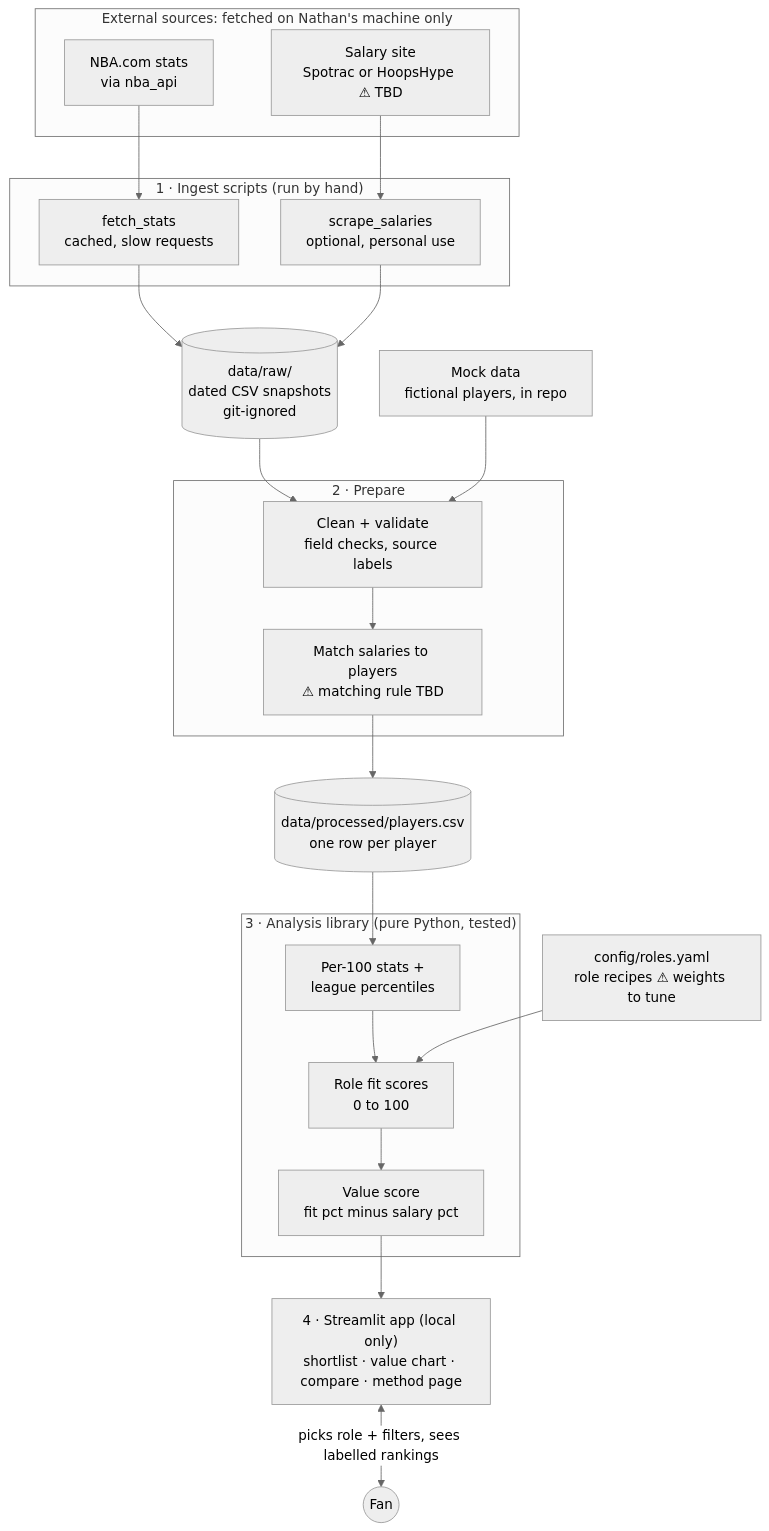
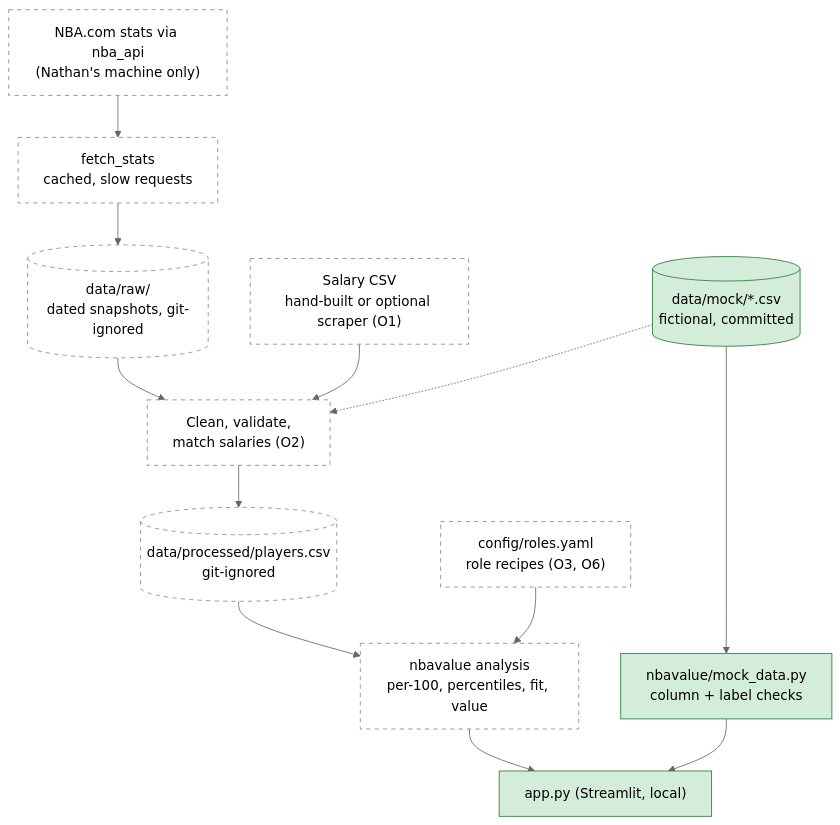
The diagram in docs/architecture.md (nathanZKL/EPL-Transfer-Analyzer), drawn with Mermaid (neutral theme) before and after one commit. The commit also changed other lines of this file and 4 other files, not shown here.

````diff
--- a/docs/architecture.md
+++ b/docs/architecture.md
@@ -5,41 +41,26 @@
 ```mermaid
 flowchart TD
-  subgraph EXT["External sources: fetched on Nathan's machine only"]
-    NBA["NBA.com stats<br/>via nba_api"]
-    SAL["Salary site<br/>Spotrac or HoopsHype ⚠ TBD"]
-  end
+  NBA["NBA.com stats via nba_api<br/>(Nathan's machine only)"]
+  SAL["Salary CSV<br/>hand-built or optional scraper (O1)"]
+  FS["fetch_stats<br/>cached, slow requests"]
+  RAW[("data/raw/<br/>dated snapshots, git-ignored")]
+  MOCK[("data/mock/*.csv<br/>fictional, committed")]
+  LOAD["nbavalue/mock_data.py<br/>column + label checks"]
+  PREP["Clean, validate,<br/>match salaries (O2)"]
+  TABLE[("data/processed/players.csv<br/>git-ignored")]
+  ROLES["config/roles.yaml<br/>role recipes (O3, O6)"]
+  ANA["nbavalue analysis<br/>per-100, percentiles, fit, value"]
+  APP["app.py (Streamlit, local)"]
 
-  subgraph ING["1 · Ingest scripts (run by hand)"]
-    FS["fetch_stats<br/>cached, slow requests"]
-    SS["scrape_salaries<br/>optional, personal use"]
-  end
+  NBA --> FS --> RAW --> PREP
+  SAL --> PREP
+  PREP --> TABLE --> ANA --> APP
+  ROLES --> ANA
+  MOCK --> LOAD --> APP
+  MOCK -.-> PREP
 
-  MOCK["Mock data<br/>fictional players, in repo"]
-  RAW[("data/raw/<br/>dated CSV snapshots<br/>git-ignored")]
-
-  subgraph PREP["2 · Prepare"]
-    CLEAN["Clean + validate<br/>field checks, source labels"]
-    MATCH["Match salaries to players<br/>⚠ matching rule TBD"]
-  end
-
-  TABLE[("data/processed/players.csv<br/>one row per player")]
-  ROLES["config/roles.yaml<br/>role recipes ⚠ weights to tune"]
-
-  subgraph ANA["3 · Analysis library (pure Python, tested)"]
-    P100["Per-100 stats +<br/>league percentiles"]
-    FIT["Role fit scores<br/>0 to 100"]
-    VAL["Value score<br/>fit pct minus salary pct"]
-  end
-
-  APP["4 · Streamlit app (local only)<br/>shortlist · value chart · compare · method page"]
-  USER(("Fan"))
-
-  NBA --> FS --> RAW
-  SAL --> SS --> RAW
-  RAW --> CLEAN
-  MOCK --> CLEAN
-  CLEAN --> MATCH --> TABLE
-  TABLE --> P100 --> FIT --> VAL --> APP
-  ROLES --> FIT
-  APP <-- "picks role + filters, sees labelled rankings" --> USER
+  classDef built fill:#d4edda,stroke:#2e7d32,color:#000
+  classDef planned fill:#fff,stroke:#888,stroke-dasharray:5 5,color:#000
+  class MOCK,LOAD,APP built
+  class NBA,SAL,FS,RAW,PREP,TABLE,ROLES,ANA planned
 ```
````
